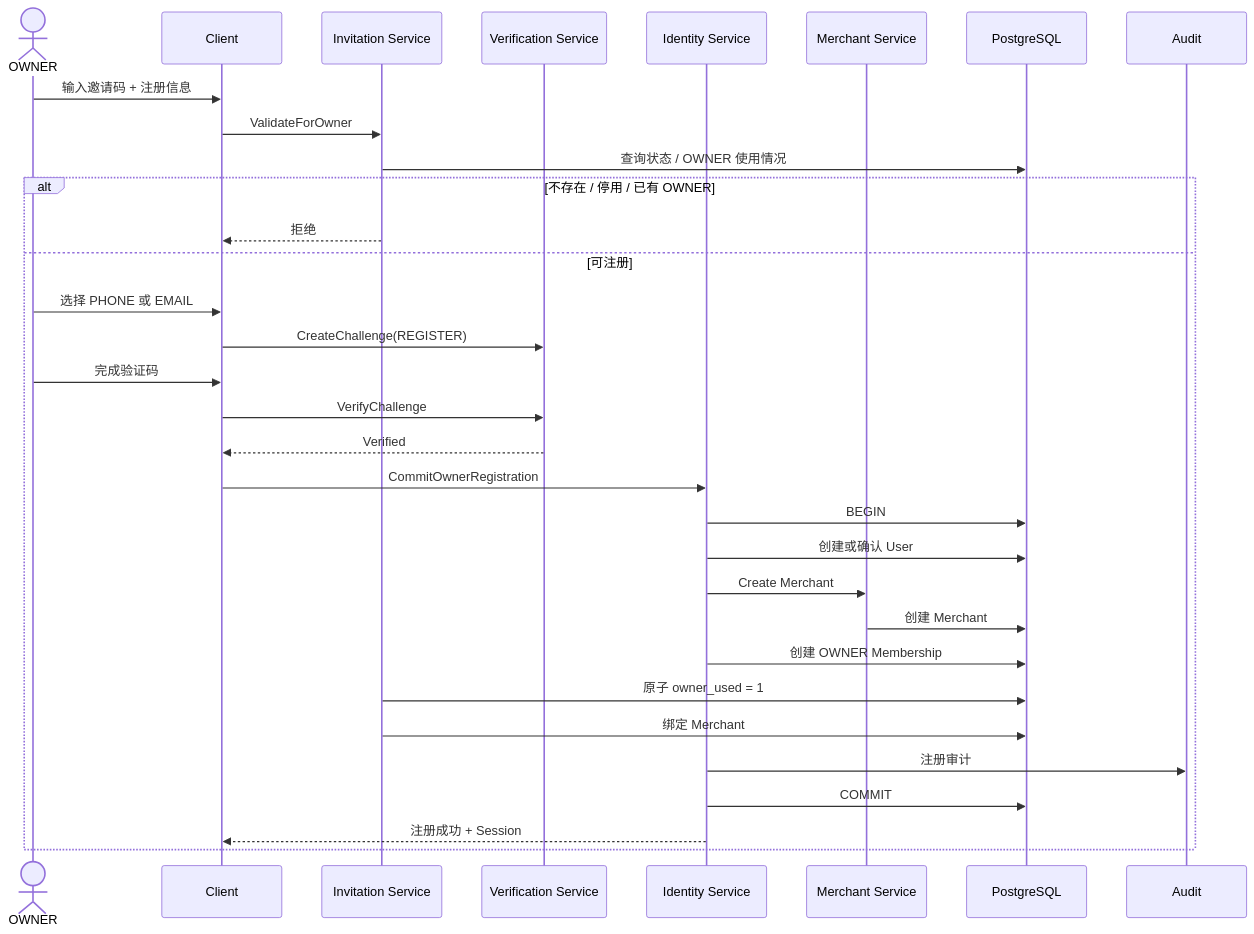
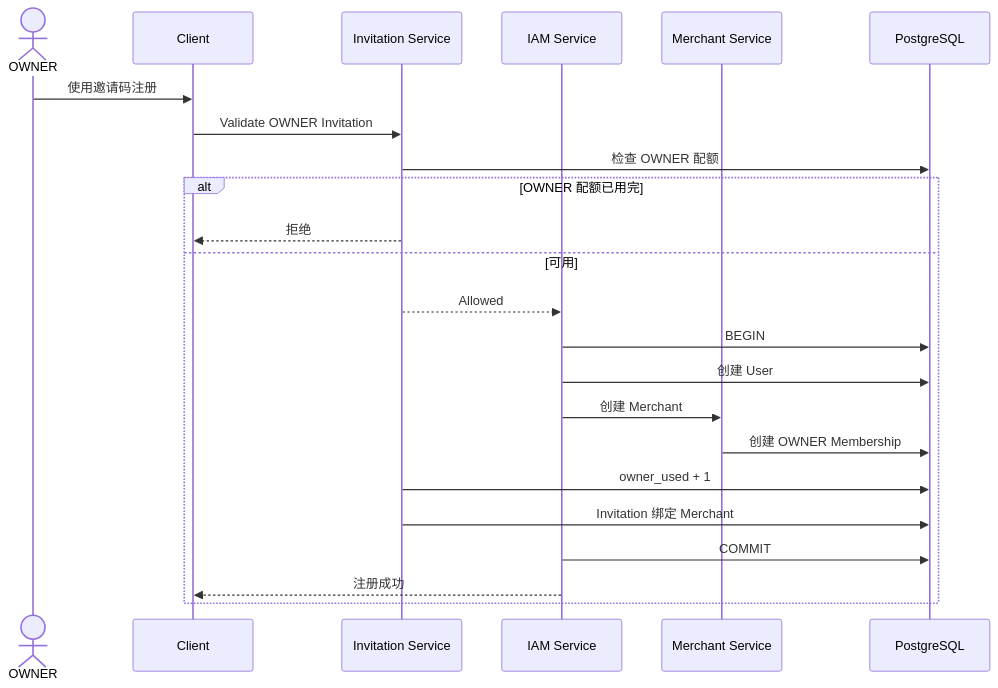
Before and after one commit to sxyq/mastergoods: the fourth of 14 diagrams in docs/system-design/01-账户与身份/01-注册与邀请码.md, drawn with Mermaid. The commit also changed other lines of this file and 12 other files, not shown here.

Commit message:
docs(system-design): sync detailed design and explain flows

````diff
--- a/docs/system-design/01-账户与身份/01-注册与邀请码.md
+++ b/docs/system-design/01-账户与身份/01-注册与邀请码.md
@@ -68,37 +152,27 @@
 ```mermaid
 sequenceDiagram
     actor O as OWNER
     participant C as Client
     participant INV as Invitation Service
-    participant VERIFY as Verification Service
-    participant IAM as Identity Service
+    participant IAM as IAM Service
     participant M as Merchant Service
     participant DB as PostgreSQL
-    participant AUDIT as Audit
 
-    O->>C: 输入邀请码 + 注册信息
-    C->>INV: ValidateForOwner
-    INV->>DB: 查询状态 / OWNER 使用情况
+    O->>C: 使用邀请码注册
+    C->>INV: Validate OWNER Invitation
+    INV->>DB: 检查 OWNER 配额
 
-    alt 不存在 / 停用 / 已有 OWNER
+    alt OWNER 配额已用完
         INV-->>C: 拒绝
-    else 可注册
-        O->>C: 选择 PHONE 或 EMAIL
-        C->>VERIFY: CreateChallenge(REGISTER)
-        O->>C: 完成验证码
-        C->>VERIFY: VerifyChallenge
-        VERIFY-->>C: Verified
-
-        C->>IAM: CommitOwnerRegistration
+    else 可用
+        INV-->>IAM: Allowed
         IAM->>DB: BEGIN
-        IAM->>DB: 创建或确认 User
-        IAM->>M: Create Merchant
-        M->>DB: 创建 Merchant
-        IAM->>DB: 创建 OWNER Membership
-        INV->>DB: 原子 owner_used = 1
-        INV->>DB: 绑定 Merchant
-        IAM->>AUDIT: 注册审计
+        IAM->>DB: 创建 User
+        IAM->>M: 创建 Merchant
+        M->>DB: 创建 OWNER Membership
+        INV->>DB: owner_used + 1
+        INV->>DB: Invitation 绑定 Merchant
         IAM->>DB: COMMIT
-        IAM-->>C: 注册成功 + Session
+        IAM-->>C: 注册成功
     end
 ```
````
